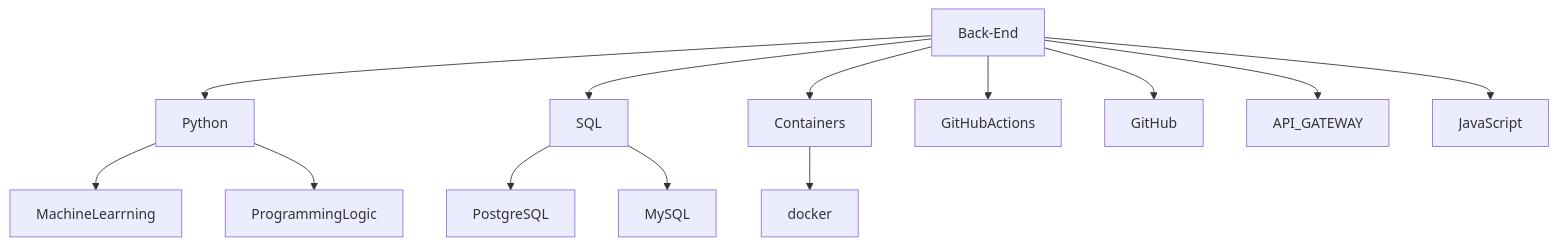
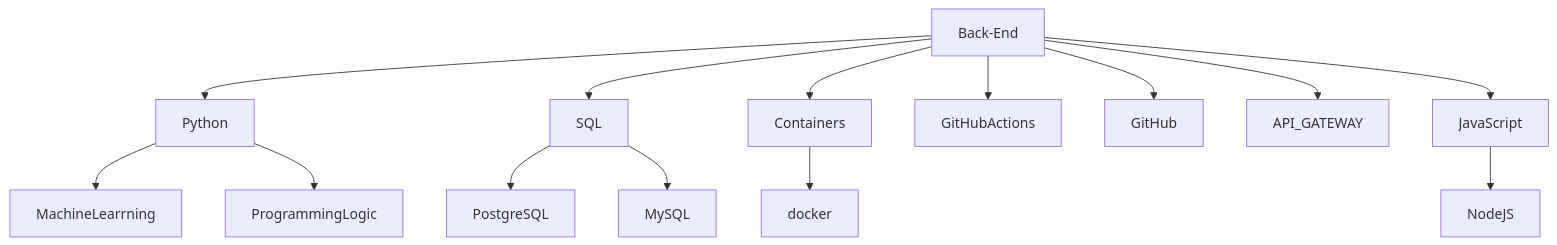
Before and after one commit to RafaelDevProjects/RafaelDevProjects: the second of 2 diagrams in README.md, drawn with Mermaid.

````diff
--- a/README.md
+++ b/README.md
@@ -36,15 +36,16 @@
 ```mermaid
 graph TD;
     Back-End-->Python;
     Back-End-->SQL;
     Back-End-->Containers;
     Back-End-->GitHubActions;
     Back-End-->GitHub;
     Back-End-->API_GATEWAY;
     Back-End-->JavaScript
+    JavaScript-->NodeJS
     Containers-->docker;
     SQL-->PostgreSQL;
     SQL-->MySQL;
     Python-->MachineLearrning;
     Python--> ProgrammingLogic;
 ```
````
